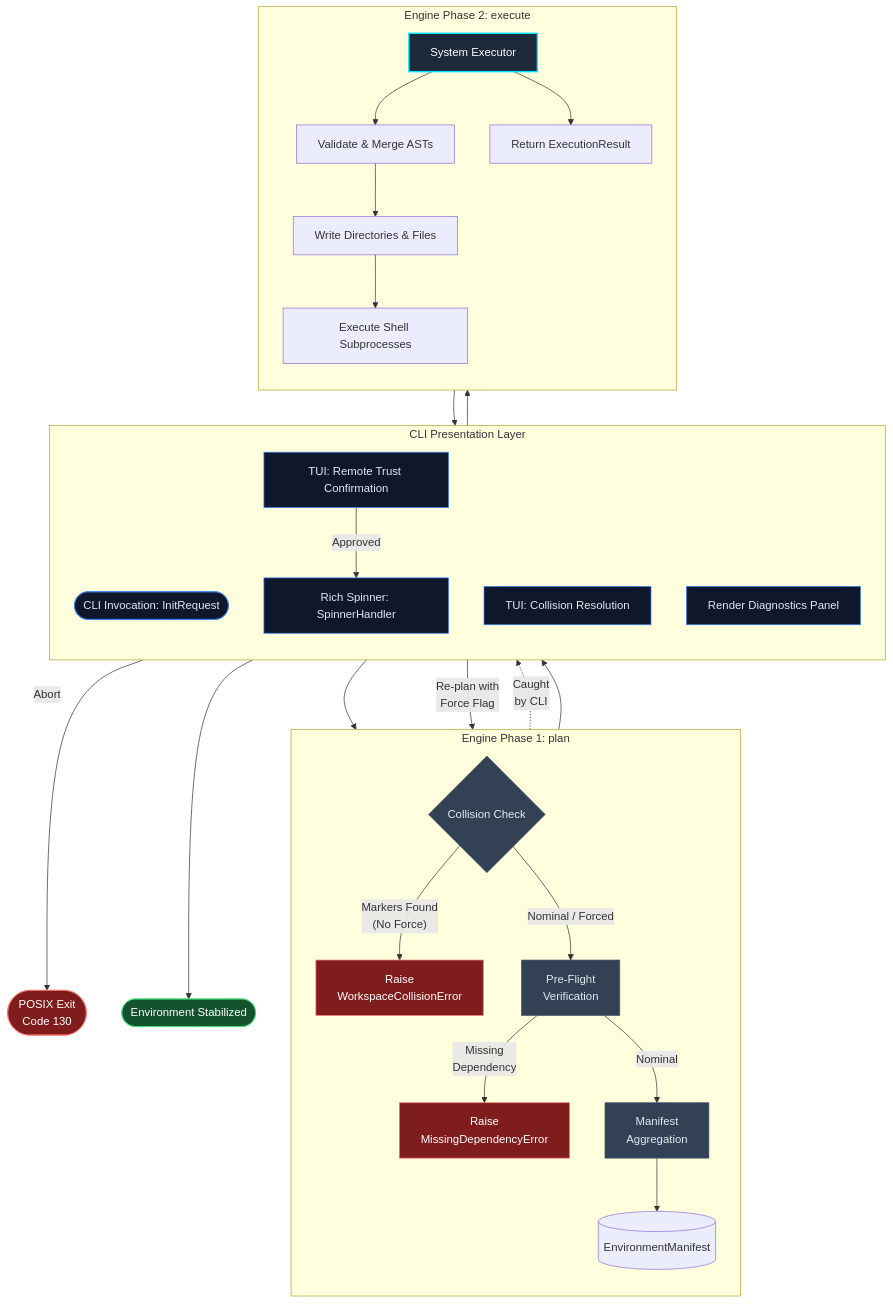
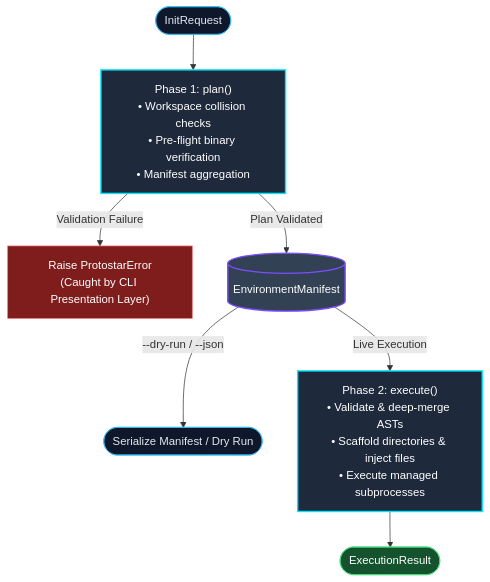
One commit to JacksonFergusonDev/protostar changed the diagram in docs/mechanics/orchestrator.md. Above: the diagram before and after it, drawn with Mermaid. The commit also changed other lines of this file and 9 other files, not shown here.

````diff
--- a/docs/mechanics/orchestrator.md
+++ b/docs/mechanics/orchestrator.md
@@ -19,51 +19,18 @@
 ```mermaid
 flowchart TD
-    %%{init: {'flowchart': {'useMaxWidth': false}}}%%
-    %% Styling
-    classDef core fill:#1e293b,stroke:#00e5ff,stroke-width:2px,color:#fff;
-    classDef phase fill:#334155,stroke:#475569,stroke-width:1px,color:#e2e8f0;
-    classDef cli fill:#0f172a,stroke:#3b82f6,stroke-width:1px,color:#e2e8f0;
+    classDef boundary fill:#0f172a,stroke:#38bdf8,stroke-width:1px,color:#e2e8f0;
+    classDef phase fill:#1e293b,stroke:#1e293b,stroke:#00e5ff,stroke-width:2px,color:#fff;
+    classDef state fill:#334155,stroke:#7c4dff,stroke-width:2px,color:#fff;
     classDef error fill:#7f1d1d,stroke:#f87171,stroke-width:1px,color:#fff;
     classDef success fill:#14532d,stroke:#4ade80,stroke-width:1px,color:#fff;
 
-    %% Boundary
-    subgraph CLILayer [CLI Presentation Layer]
-        direction TB
-        CLI([CLI Invocation: InitRequest]):::cli
-        CPrompt[TUI: Collision Resolution]:::cli
-        TPrompt[TUI: Remote Trust Confirmation]:::cli
-        Spinner[Rich Spinner: SpinnerHandler]:::cli
-        DiagRender[Render Diagnostics Panel]:::cli
-    end
+    Req([InitRequest]):::boundary --> Plan["Phase 1: plan()<br/>• Workspace collision checks<br/>• Pre-flight binary verification<br/>• Manifest aggregation"]:::phase
 
-    subgraph PlanPhase [Engine Phase 1: plan]
-        direction TB
-        C{Collision Check}:::phase
-        C -- "Markers Found<br/>(No Force)" --> E_Col["Raise<br/>WorkspaceCollisionError"]:::error
-        C -- "Nominal / Forced" --> PF["Pre-Flight<br/>Verification"]:::phase
-        PF -- "Missing<br/>Dependency" --> E_Dep["Raise<br/>MissingDependencyError"]:::error
-        PF -- Nominal --> Agg["Manifest<br/>Aggregation"]:::phase
-        Agg --> M[(EnvironmentManifest)]
-    end
+    Plan -->|Validation Failure| Err["Raise ProtostarError<br/>(Caught by CLI Presentation Layer)"]:::error
+    Plan -->|Plan Validated| Manifest[(EnvironmentManifest)]:::state
 
-    subgraph ExecPhase [Engine Phase 2: execute]
-        direction TB
-        Exec[System Executor]:::core
-        D1[Validate & Merge ASTs]
-        D2[Write Directories & Files]
-        D3[Execute Shell Subprocesses]
-        Exec --> D1 --> D2 --> D3
-        Exec --> Res[Return ExecutionResult]
-    end
+    Manifest -->|--dry-run / --json| DryRun([Serialize Manifest / Dry Run]):::boundary
+    Manifest -->|Live Execution| Exec["Phase 2: execute()<br/>• Validate & deep-merge ASTs<br/>• Scaffold directories & inject files<br/>• Execute managed subprocesses"]:::phase
 
-    CLI --> PlanPhase
-    E_Col -. "Caught<br/>by CLI" .-> CPrompt
-    CPrompt -- "Re-plan with<br/>Force Flag" --> PlanPhase
-    CPrompt -- Abort --> Exit1(["POSIX Exit<br/>Code 130"]):::error
-
-    M --> TPrompt
-    TPrompt -- Approved --> Spinner
-    Spinner --> ExecPhase
-    Res --> DiagRender
-    DiagRender --> End([Environment Stabilized]):::success
+    Exec --> Result([ExecutionResult]):::success
 ```
````
